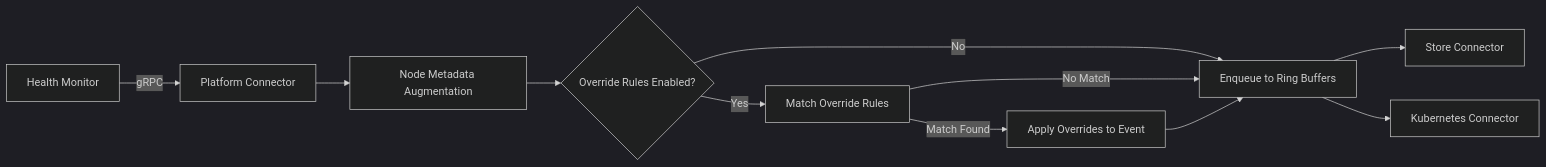
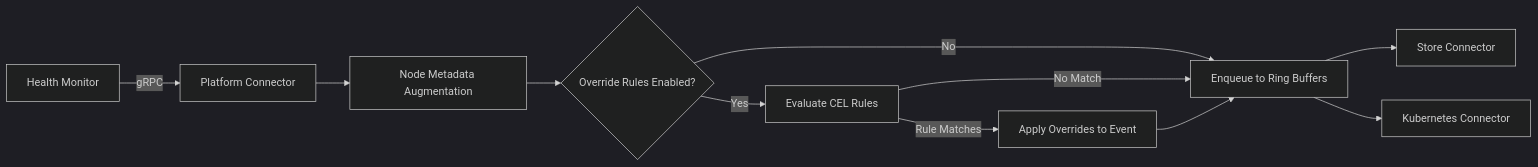
Before and after one commit to XRFXLP/NVSentinel: the diagram in docs/designs/021-health-event-property-overrides.md, drawn with Mermaid (dark theme). The commit also changed other lines of this file, not shown here.

Commit message:
fix: use CEL instead for fix pattern based matching

````diff
--- a/docs/designs/021-health-event-property-overrides.md
+++ b/docs/designs/021-health-event-property-overrides.md
@@ -33,13 +35,13 @@
 ```mermaid
 flowchart LR
     A[Health Monitor] -->|gRPC| B[Platform Connector]
     B --> C[Node Metadata Augmentation]
     C --> D{Override Rules Enabled?}
     D -->|No| E[Enqueue to Ring Buffers]
-    D -->|Yes| F[Match Override Rules]
-    F -->|Match Found| G[Apply Overrides to Event]
+    D -->|Yes| F[Evaluate CEL Rules]
+    F -->|Rule Matches| G[Apply Overrides to Event]
     F -->|No Match| E
     G --> E
     E --> H[Store Connector]
     E --> I[Kubernetes Connector]
 ```
````
